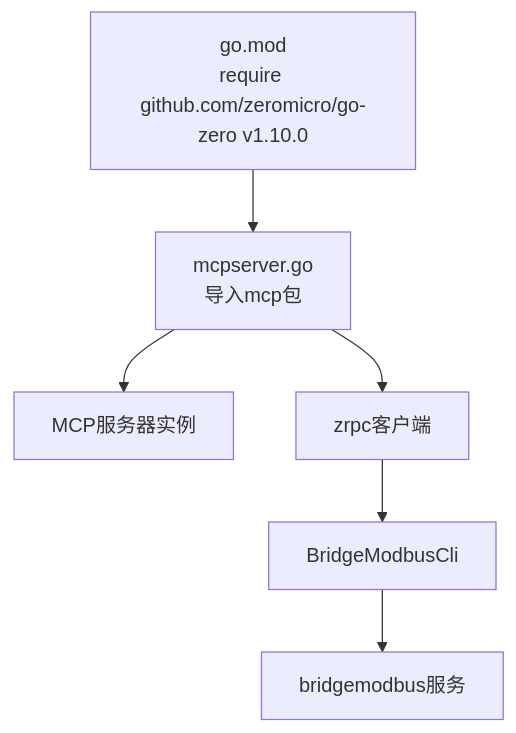
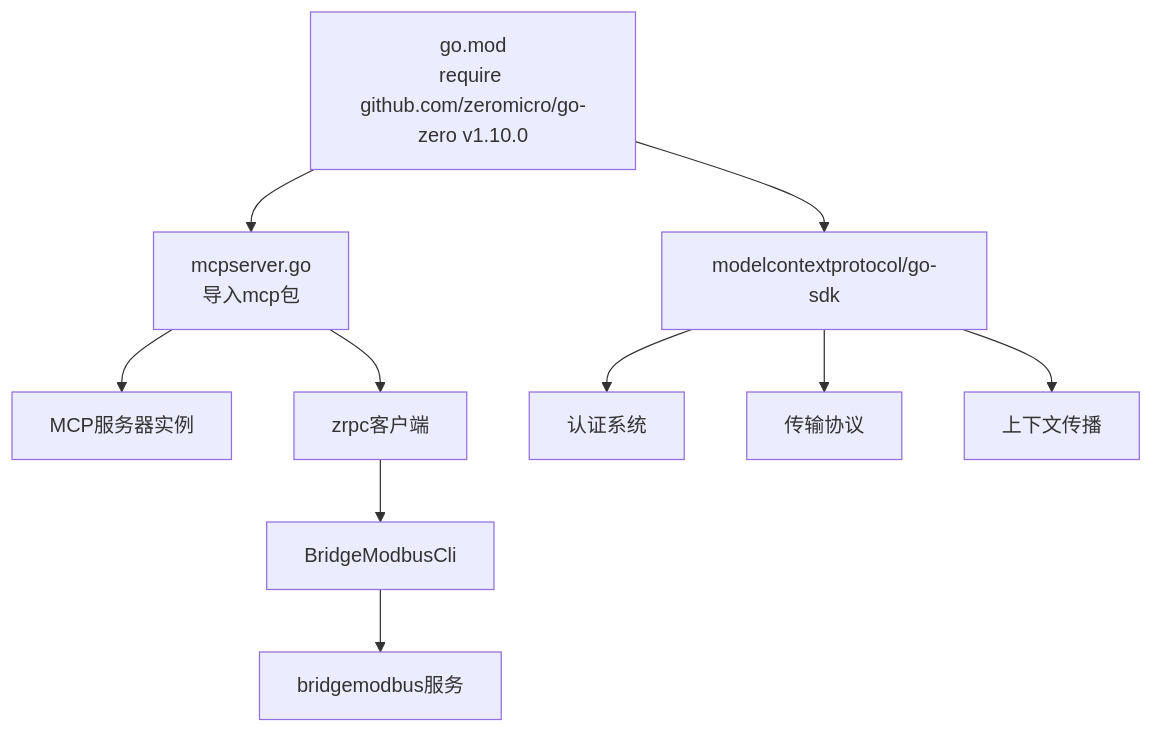
Before and after one commit to maomao94/zero-service: the eighth of 8 diagrams in .qoder/repowiki/zh/content/AI应用模块/MCP服务器.md, drawn with Mermaid. The commit also changed other lines of this file and 11 other files, not shown here.

````diff
--- a/.qoder/repowiki/zh/content/AI应用模块/MCP服务器.md
+++ b/.qoder/repowiki/zh/content/AI应用模块/MCP服务器.md
@@ -287,8 +431,12 @@
 ```mermaid
 graph TB
 M["go.mod<br/>require github.com/zeromicro/go-zero v1.10.0"] --> P["mcpserver.go<br/>导入mcp包"]
 P --> S["MCP服务器实例"]
 P --> Z["zrpc客户端"]
 Z --> B["BridgeModbusCli"]
 B --> BM["bridgemodbus服务"]
+M --> SDK["modelcontextprotocol/go-sdk"]
+SDK --> AUTH["认证系统"]
+SDK --> STREAM["传输协议"]
+SDK --> CTX["上下文传播"]
 ```
````
